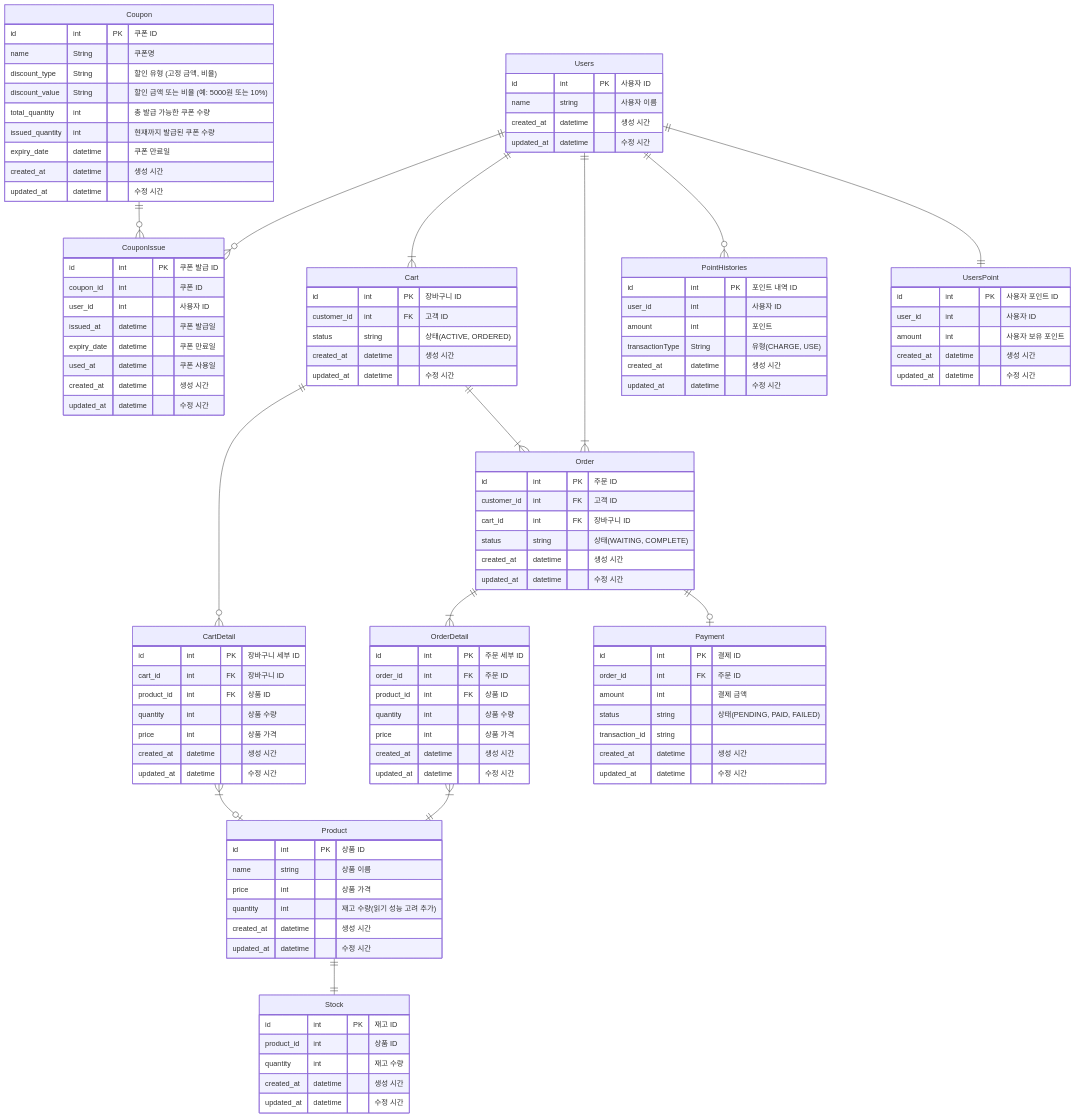
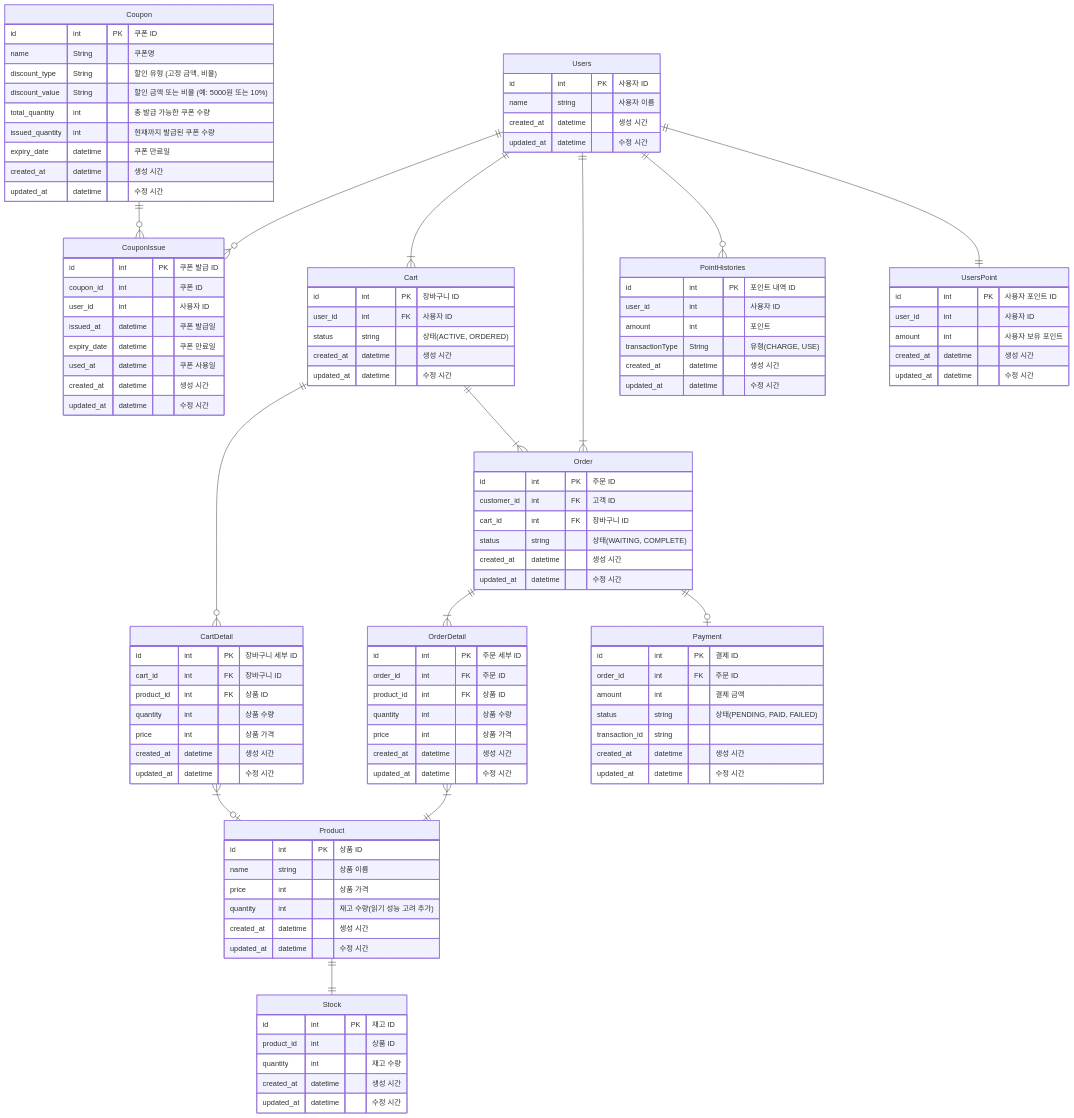
Before and after one commit to jhwon91/ecommerce: the diagram in docs/03.ERD.md, drawn with Mermaid. The commit also changed 6 other files, not shown here.

```diff
--- a/docs/03.ERD.md
+++ b/docs/03.ERD.md
@@ -69,7 +69,7 @@
     
     Cart {
         id int PK "장바구니 ID"
-        customer_id int FK "고객 ID"
+        user_id int FK "사용자 ID"
         status string "상태(ACTIVE, ORDERED)"
         created_at datetime "생성 시간"
         updated_at datetime "수정 시간"
```
